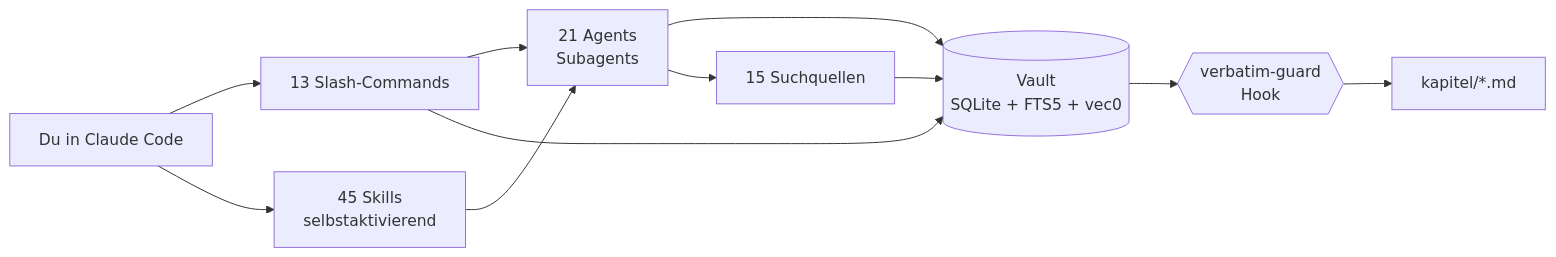
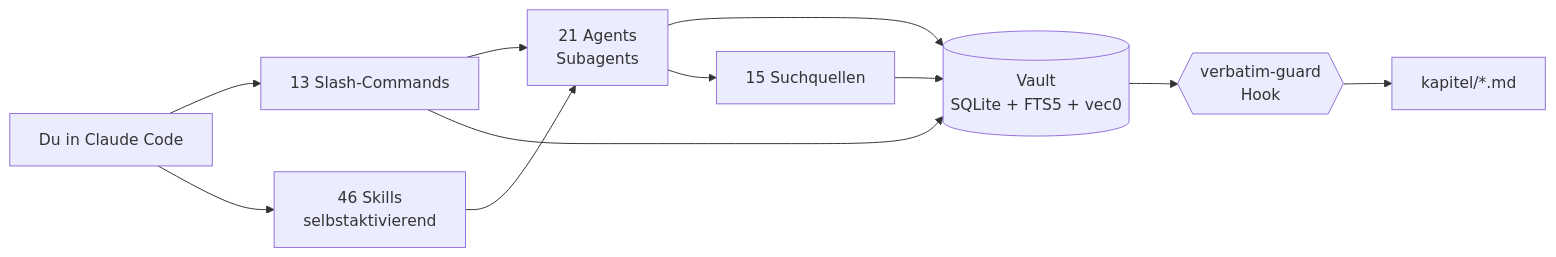
One commit to ahlerjam/academic-research changed the diagram in README.md. Above: the diagram before and after it, drawn with Mermaid. The commit also changed other lines of this file and 23 other files, not shown here.

````diff
--- a/README.md
+++ b/README.md
@@ -78,13 +78,13 @@
 ```mermaid
 graph LR
     U[Du in Claude Code] --> C[13 Slash-Commands]
-    U --> S[45 Skills<br/>selbstaktivierend]
+    U --> S[46 Skills<br/>selbstaktivierend]
     C --> A[21 Agents<br/>Subagents]
     S --> A
     A --> V[(Vault<br/>SQLite + FTS5 + vec0)]
     C --> V
     A --> Q[15 Suchquellen]
     Q --> V
     V --> H{{verbatim-guard<br/>Hook}}
     H --> K[kapitel/*.md]
 ```
````
